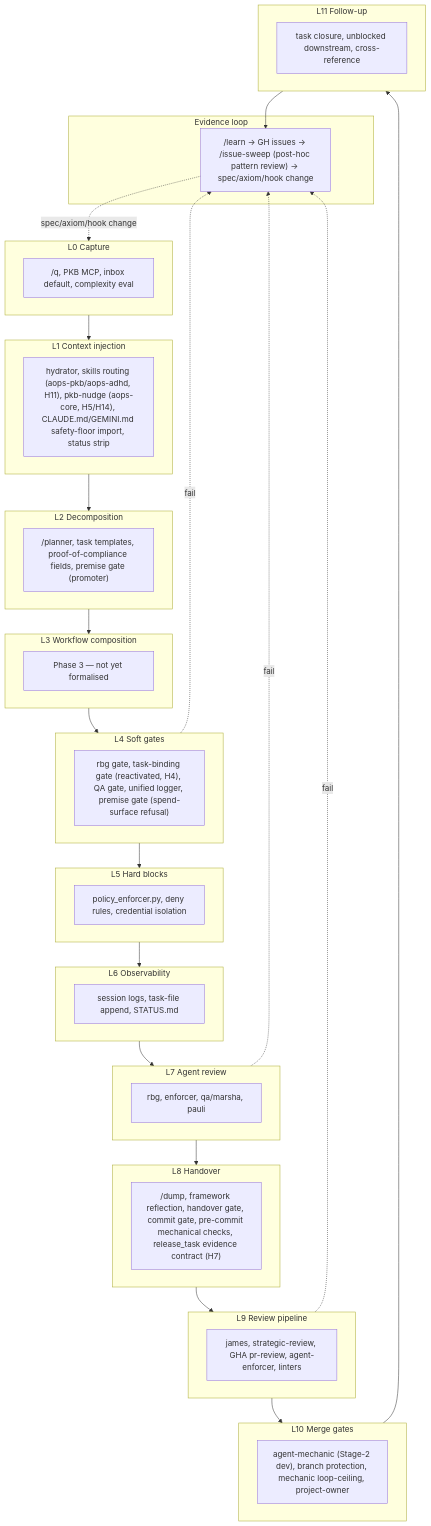
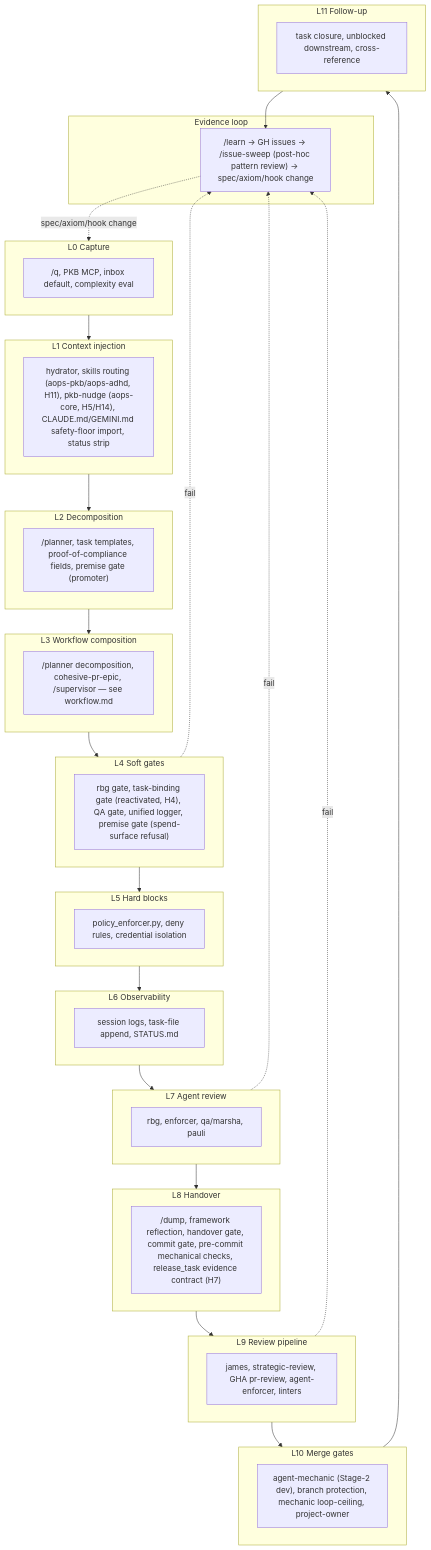
One commit to nicsuzor/academicOps changed the diagram in specs/enforcement/enforcement.md. Above: the diagram before and after it, drawn with Mermaid. The commit also changed other lines of this file and 6 other files, not shown here.

````diff
--- a/specs/enforcement/enforcement.md
+++ b/specs/enforcement/enforcement.md
@@ -36,48 +36,48 @@
 ```mermaid
 flowchart TD
   subgraph L0[L0 Capture]
     Q["/q, PKB MCP, inbox default, complexity eval"]
   end
   subgraph L1[L1 Context injection]
     HYD["hydrator, skills routing (aops-pkb/aops-adhd, H11), pkb-nudge (aops-core, H5/H14), CLAUDE.md/GEMINI.md safety-floor import, status strip"]
   end
   subgraph L2[L2 Decomposition]
     DEC["/planner, task templates, proof-of-compliance fields, premise gate (promoter)"]
   end
   subgraph L3[L3 Workflow composition]
-    WF["Phase 3 — not yet formalised"]
+    WF["/planner decomposition, cohesive-pr-epic, /supervisor — see workflow.md"]
   end
   subgraph L4[L4 Soft gates]
     GATES["rbg gate, task-binding gate (reactivated, H4), QA gate, unified logger, premise gate (spend-surface refusal)"]
   end
   subgraph L5[L5 Hard blocks]
     HARD["policy_enforcer.py, deny rules, credential isolation"]
   end
   subgraph L6[L6 Observability]
     LOGS["session logs, task-file append, STATUS.md"]
   end
   subgraph L7[L7 Agent review]
     AGENTS["rbg, enforcer, qa/marsha, pauli"]
   end
   subgraph L8[L8 Handover]
     HAND["/dump, framework reflection, handover gate, commit gate, pre-commit mechanical checks, release_task evidence contract (H7)"]
   end
   subgraph L9[L9 Review pipeline]
     REV["james, strategic-review, GHA pr-review, agent-enforcer, linters"]
   end
   subgraph L10[L10 Merge gates]
     MERGE["agent-mechanic (Stage-2 dev), branch protection, mechanic loop-ceiling, project-owner"]
   end
   subgraph L11[L11 Follow-up]
     FUP["task closure, unblocked downstream, cross-reference"]
   end
   subgraph EV[Evidence loop]
     LEARN["/learn → GH issues → /issue-sweep (post-hoc pattern review) → spec/axiom/hook change"]
   end
   L0 --> L1 --> L2 --> L3 --> L4 --> L5 --> L6 --> L7 --> L8 --> L9 --> L10 --> L11
   L4 -. fail .-> LEARN
   L7 -. fail .-> LEARN
   L9 -. fail .-> LEARN
   L11 --> LEARN
   LEARN -. spec/axiom/hook change .-> L0
 ```
````
